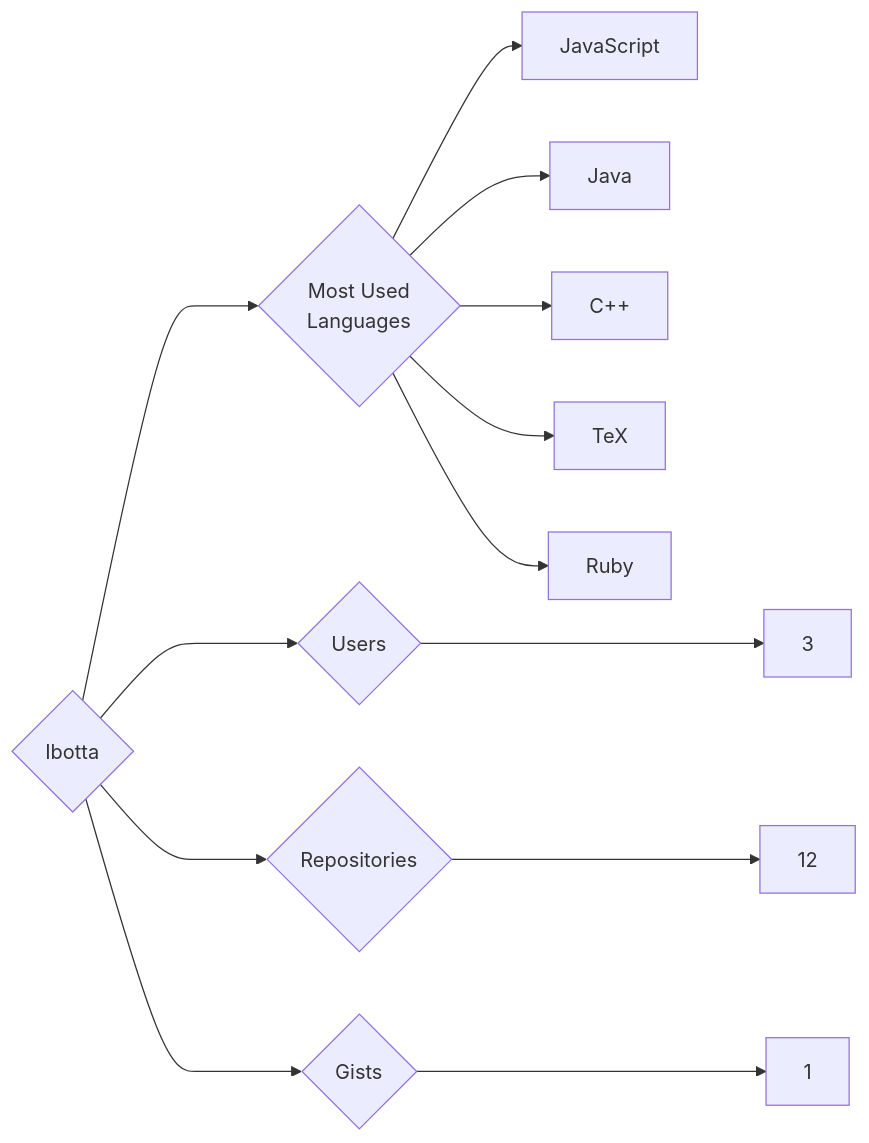
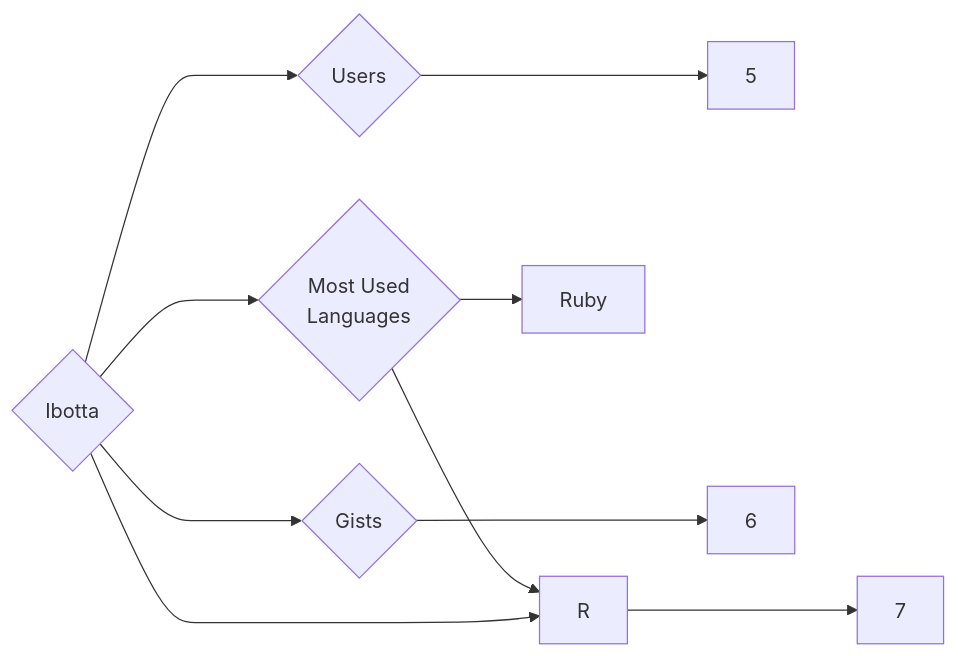
One commit to trickest/insiders changed the diagram in targets/Ibotta/README.md. Above: the diagram before and after it, drawn with Mermaid. The commit also changed 857 other files, not shown here.

````diff
--- a/targets/Ibotta/README.md
+++ b/targets/Ibotta/README.md
@@ -3,13 +3,10 @@
 ```mermaid
 graph LR
 COMPANY_NAME{Ibotta}
-COMPANY_NAME ---> U{Users} ---> UN[3]
-COMPANY_NAME ---> R{Repositories} ---> RN[12]
-COMPANY_NAME ---> G{Gists} ---> GN[1]
+COMPANY_NAME ---> U{Users} ---> UN[5]
+COMPANY_NAME ---> R{Repositories} ---> RN[7]
+COMPANY_NAME ---> G{Gists} ---> GN[6]
 COMPANY_NAME ---> ML{Most Used<br>Languages}
-ML --> JavaScript[JavaScript]
-ML --> Java[Java]
-ML --> C++[C++]
-ML --> TeX[TeX]
 ML --> Ruby[Ruby]
+ML --> R[R]
 ```
````
